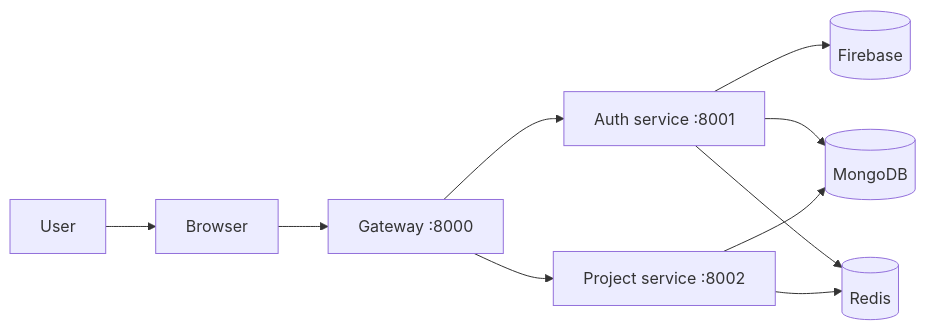
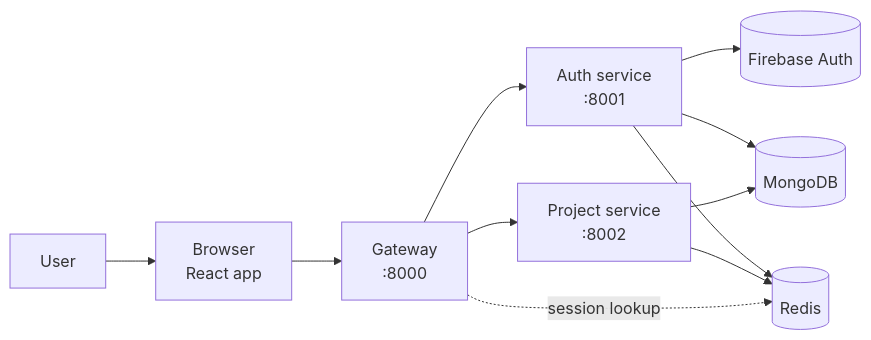
Before and after one commit to yamanhassan1/NexPulse: the first of 2 diagrams in docs/README.md, drawn with Mermaid. The commit also changed other lines of this file and 33 other files, not shown here.

Commit message:
docs: add contributing, deployment, troubleshooting, and reference guides; update roadmap

````diff
--- a/docs/README.md
+++ b/docs/README.md
@@ -15,12 +17,13 @@
 ```mermaid
 flowchart LR
-    U[User] --> B[Browser]
-    B --> G[Gateway :8000]
-    G --> A[Auth service :8001]
-    G --> P[Project service :8002]
-    A --> F[(Firebase)]
-    A --> M[(MongoDB)]
-    A --> R[(Redis)]
+    U["User"] --> B["Browser<br>React app"]
+    B --> G["Gateway<br>:8000"]
+    G --> A["Auth service<br>:8001"]
+    G --> P["Project service<br>:8002"]
+    A --> F[("Firebase Auth")]
+    A --> M[("MongoDB")]
+    A --> R[("Redis")]
     P --> M
     P --> R
+    G -.->|"session lookup"| R
 ```
````
